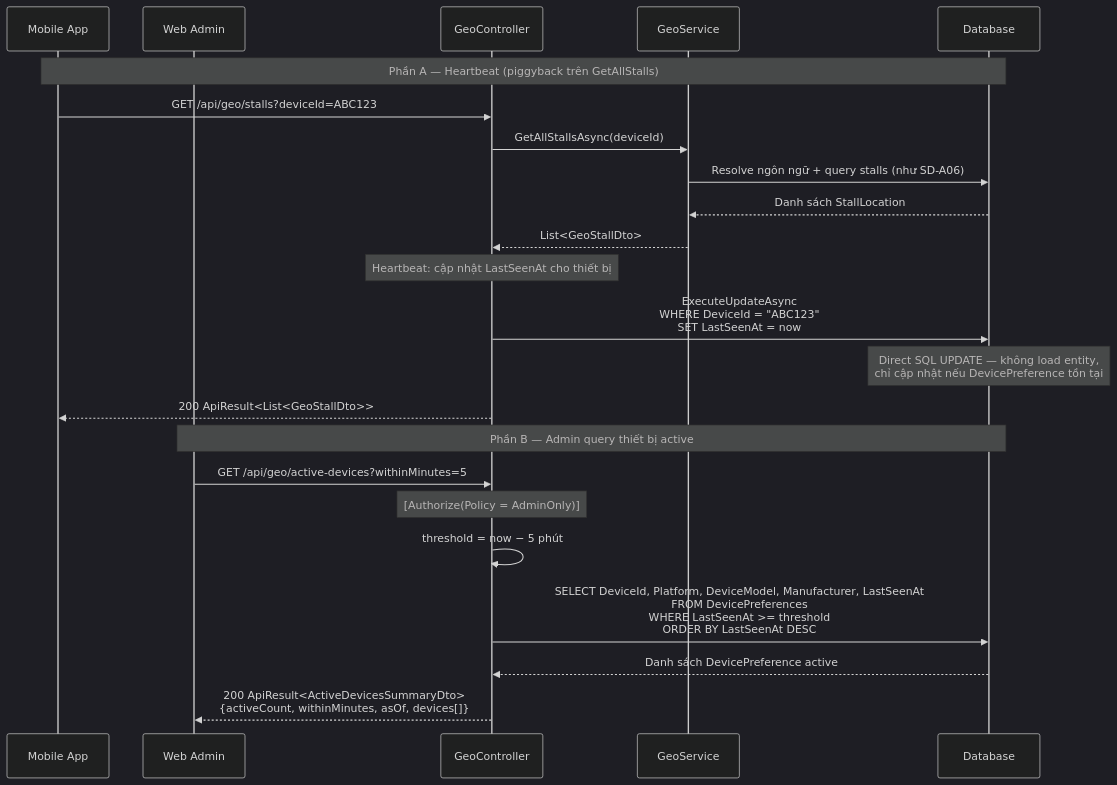
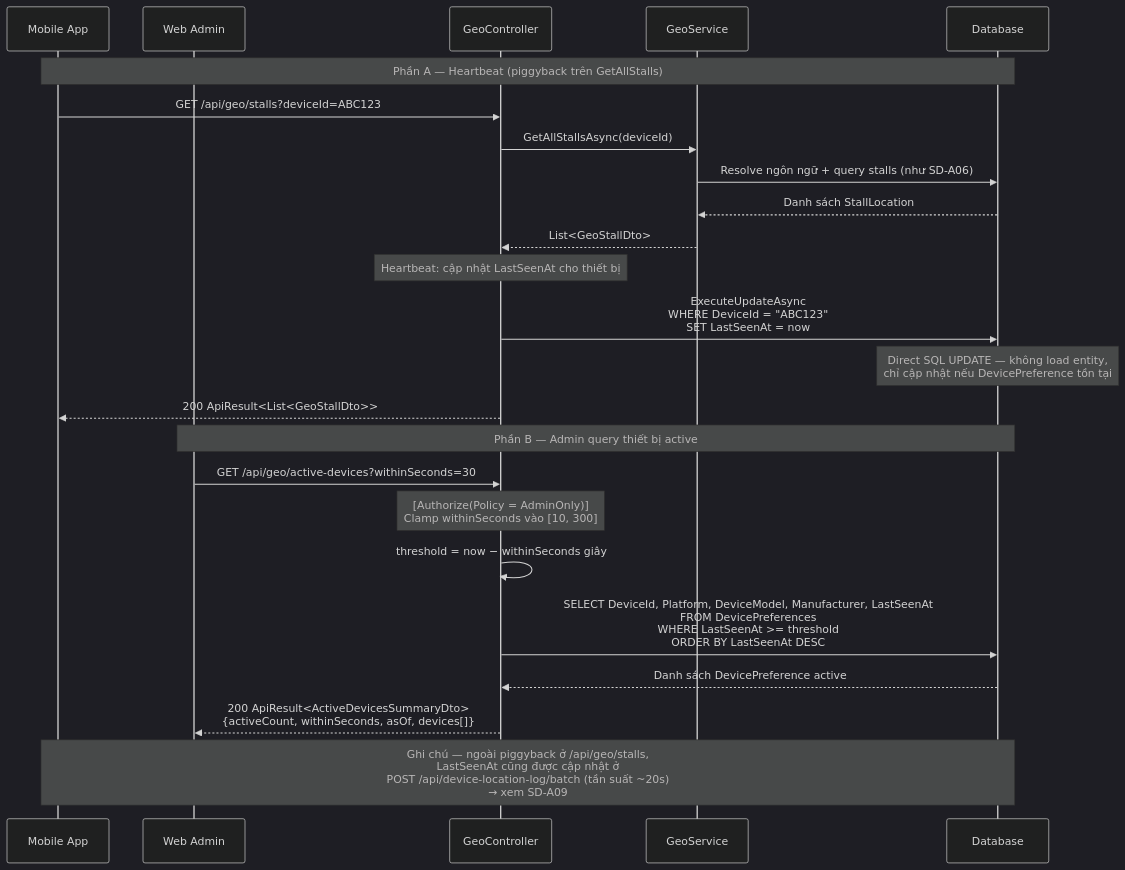
The seventh of 10 diagrams in Docs/Sequence Diagrams – API.md (NguyenAlpha/LocateAndMultilingualNarration), drawn with Mermaid (dark theme) before and after one commit. The commit also changed other lines of this file and 9 other files, not shown here.

First line of the commit message:
Add sequence diagrams for Web Admin and remove obsolete mobile diagrams

````diff
--- a/Docs/Sequence Diagrams – API.md
+++ b/Docs/Sequence Diagrams – API.md
@@ -262,36 +265,38 @@
 ```mermaid
 sequenceDiagram
     participant MOBILE as Mobile App
     participant ADMIN as Web Admin
     participant CTR as GeoController
     participant SVC as GeoService
     participant DB as Database
 
     %% ── Phần A: Heartbeat (xảy ra mỗi khi Mobile gọi geo/stalls) ──
     Note over MOBILE,DB: Phần A — Heartbeat (piggyback trên GetAllStalls)
 
     MOBILE->>CTR: GET /api/geo/stalls?deviceId=ABC123
     CTR->>SVC: GetAllStallsAsync(deviceId)
     SVC->>DB: Resolve ngôn ngữ + query stalls (như SD-A06)
     DB-->>SVC: Danh sách StallLocation
     SVC-->>CTR: List<GeoStallDto>
 
     Note over CTR: Heartbeat: cập nhật LastSeenAt cho thiết bị
     CTR->>DB: ExecuteUpdateAsync<br/>WHERE DeviceId = "ABC123"<br/>SET LastSeenAt = now
     Note over DB: Direct SQL UPDATE — không load entity,<br/>chỉ cập nhật nếu DevicePreference tồn tại
 
     CTR-->>MOBILE: 200 ApiResult<List<GeoStallDto>>
 
     %% ── Phần B: Admin lấy danh sách thiết bị đang hoạt động ──
     Note over ADMIN,DB: Phần B — Admin query thiết bị active
 
-    ADMIN->>CTR: GET /api/geo/active-devices?withinMinutes=5
-    Note over CTR: [Authorize(Policy = AdminOnly)]
+    ADMIN->>CTR: GET /api/geo/active-devices?withinSeconds=30
+    Note over CTR: [Authorize(Policy = AdminOnly)]<br/>Clamp withinSeconds vào [10, 300]
 
-    CTR->>CTR: threshold = now − 5 phút
+    CTR->>CTR: threshold = now − withinSeconds giây
     CTR->>DB: SELECT DeviceId, Platform, DeviceModel, Manufacturer, LastSeenAt<br/>FROM DevicePreferences<br/>WHERE LastSeenAt >= threshold<br/>ORDER BY LastSeenAt DESC
 
     DB-->>CTR: Danh sách DevicePreference active
 
-    CTR-->>ADMIN: 200 ApiResult<ActiveDevicesSummaryDto><br/>{activeCount, withinMinutes, asOf, devices[]}
+    CTR-->>ADMIN: 200 ApiResult<ActiveDevicesSummaryDto><br/>{activeCount, withinSeconds, asOf, devices[]}
+
+    Note over MOBILE,DB: Ghi chú — ngoài piggyback ở /api/geo/stalls,<br/>LastSeenAt cũng được cập nhật ở<br/>POST /api/device-location-log/batch (tần suất ~20s)<br/>→ xem SD-A09
 ```
````
